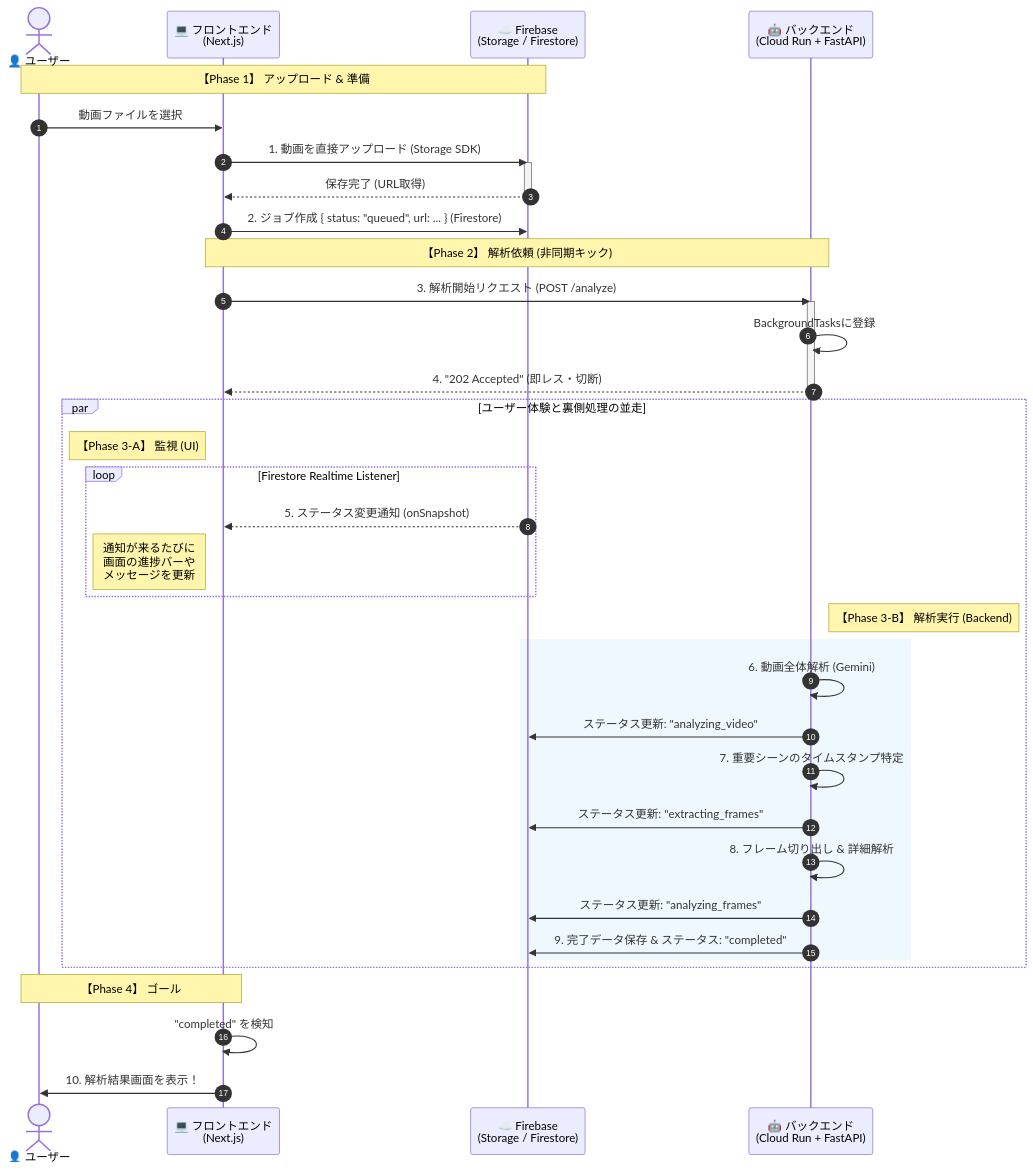
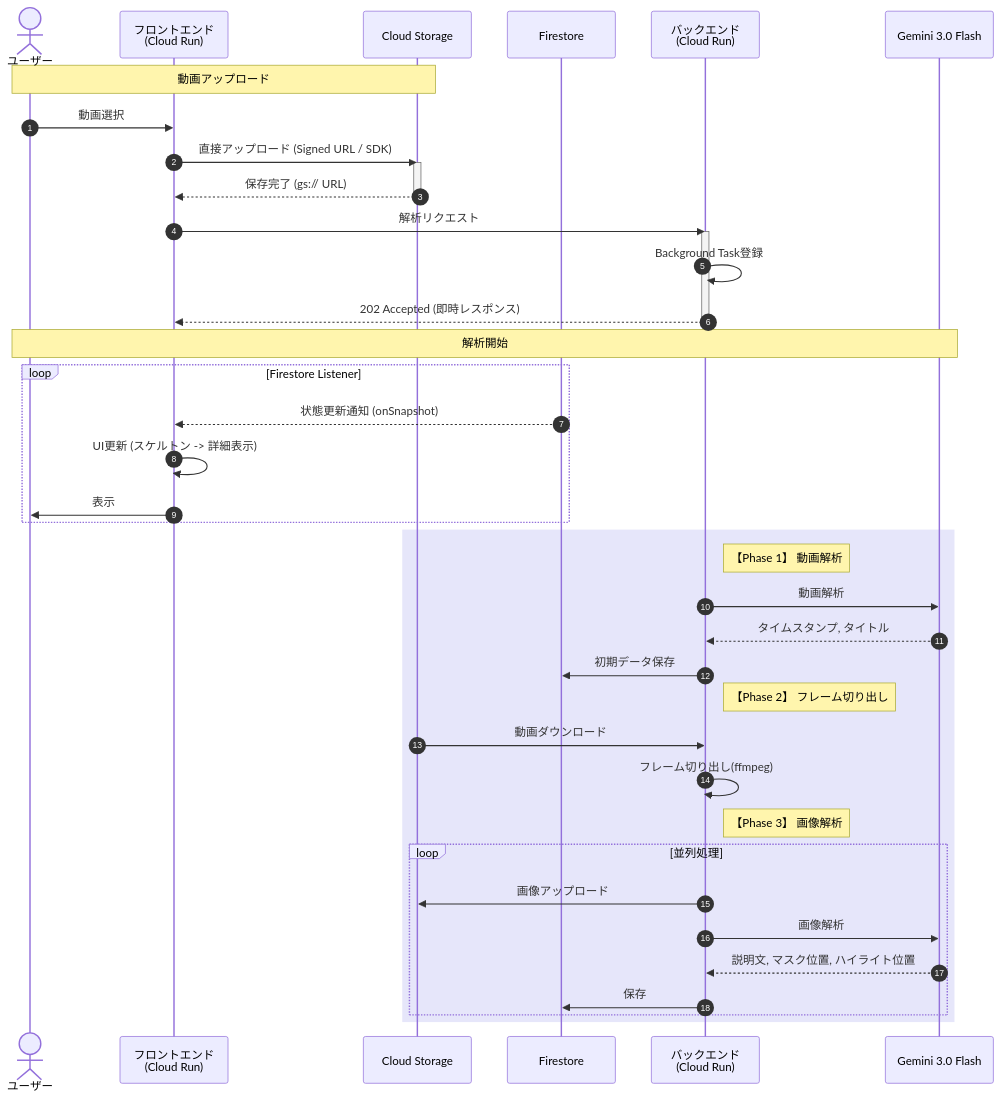
One commit to Koichi73/zenn-hackathon-vol4 changed the second of 2 diagrams in docs/設計書.md. Above: the diagram before and after it, drawn with Mermaid. The commit also changed other lines of this file and 3 other files, not shown here.

````diff
--- a/docs/設計書.md
+++ b/docs/設計書.md
@@ -106,49 +113,49 @@
 ```mermaid
 sequenceDiagram
     autonumber
-    actor User as 👤 ユーザー
-    participant UI as 💻 フロントエンド<br/>(Next.js)
-    participant Cloud as ☁️ Firebase<br/>(Storage / Firestore)
-    participant API as 🤖 バックエンド<br/>(Cloud Run + FastAPI)
+    actor User as ユーザー
+    participant FE as フロントエンド<br/>(Cloud Run)
+    participant GCS as Cloud Storage
+    participant DB as Firestore
+    participant API as バックエンド<br/>(Cloud Run)
+    participant AI as Gemini 3.0 Flash
 
-    Note over User, Cloud: 【Phase 1】 アップロード & 準備
-    User->>UI: 動画ファイルを選択
-    UI->>Cloud: 1. 動画を直接アップロード (Storage SDK)
-    activate Cloud
-    Cloud-->>UI: 保存完了 (URL取得)
-    deactivate Cloud
-    UI->>Cloud: 2. ジョブ作成 { status: "queued", url: ... } (Firestore)
-    
-    Note over UI, API: 【Phase 2】 解析依頼 (非同期キック)
-    UI->>API: 3. 解析開始リクエスト (POST /analyze)
+    Note over User, GCS: 動画アップロード
+    User->>FE: 動画選択
+    FE->>GCS: 直接アップロード (Signed URL / SDK)
+    activate GCS
+    GCS-->>FE: 保存完了 (gs:// URL)
+    deactivate GCS
+
+    FE->>API: 解析リクエスト
     activate API
-    API->>API: BackgroundTasksに登録
-    API-->>UI: 4. "202 Accepted" (即レス・切断)
+    API->>API: Background Task登録
+    API-->>FE: 202 Accepted (即時レスポンス)
     deactivate API
 
-    par ユーザー体験と裏側処理の並走
-        Note left of UI: 【Phase 3-A】 監視 (UI)
-        loop Firestore Realtime Listener
-            Cloud-->>UI: 5. ステータス変更通知 (onSnapshot)
-            Note left of UI: 通知が来るたびに<br/>画面の進捗バーや<br/>メッセージを更新
-        end
+    Note over User, AI: 解析開始
+    loop Firestore Listener
+        DB-->>FE: 状態更新通知 (onSnapshot)
+        FE->>FE: UI更新 (スケルトン -> 詳細表示)
+        FE->>User: 表示
+    end
 
-        Note right of API: 【Phase 3-B】 解析実行 (Backend)
-        rect rgb(240, 248, 255)
-            API->>API: 6. 動画全体解析 (Gemini)
-            API->>Cloud: ステータス更新: "analyzing_video"
-            
-            API->>API: 7. 重要シーンのタイムスタンプ特定
-            API->>Cloud: ステータス更新: "extracting_frames"
-            
-            API->>API: 8. フレーム切り出し & 詳細解析
-            API->>Cloud: ステータス更新: "analyzing_frames"
-            
-            API->>Cloud: 9. 完了データ保存 & ステータス: "completed"
+    rect rgb(230, 230, 250)
+        Note right of API: 【Phase 1】 動画解析
+        API->>AI: 動画解析
+        AI-->>API: タイムスタンプ, タイトル
+        API->>DB: 初期データ保存
+
+        Note right of API: 【Phase 2】 フレーム切り出し
+        GCS->>API: 動画ダウンロード
+        API->>API: フレーム切り出し(ffmpeg)
+        
+        Note right of API: 【Phase 3】 画像解析
+        loop 並列処理
+            API->>GCS: 画像アップロード
+            API->>AI: 画像解析
+            AI-->>API: 説明文, マスク位置, ハイライト位置
+            API->>DB: 保存
         end
     end
-
-    Note over User, UI: 【Phase 4】 ゴール
-    UI->>UI: "completed" を検知
-    UI->>User: 10. 解析結果画面を表示！
 ```
````
